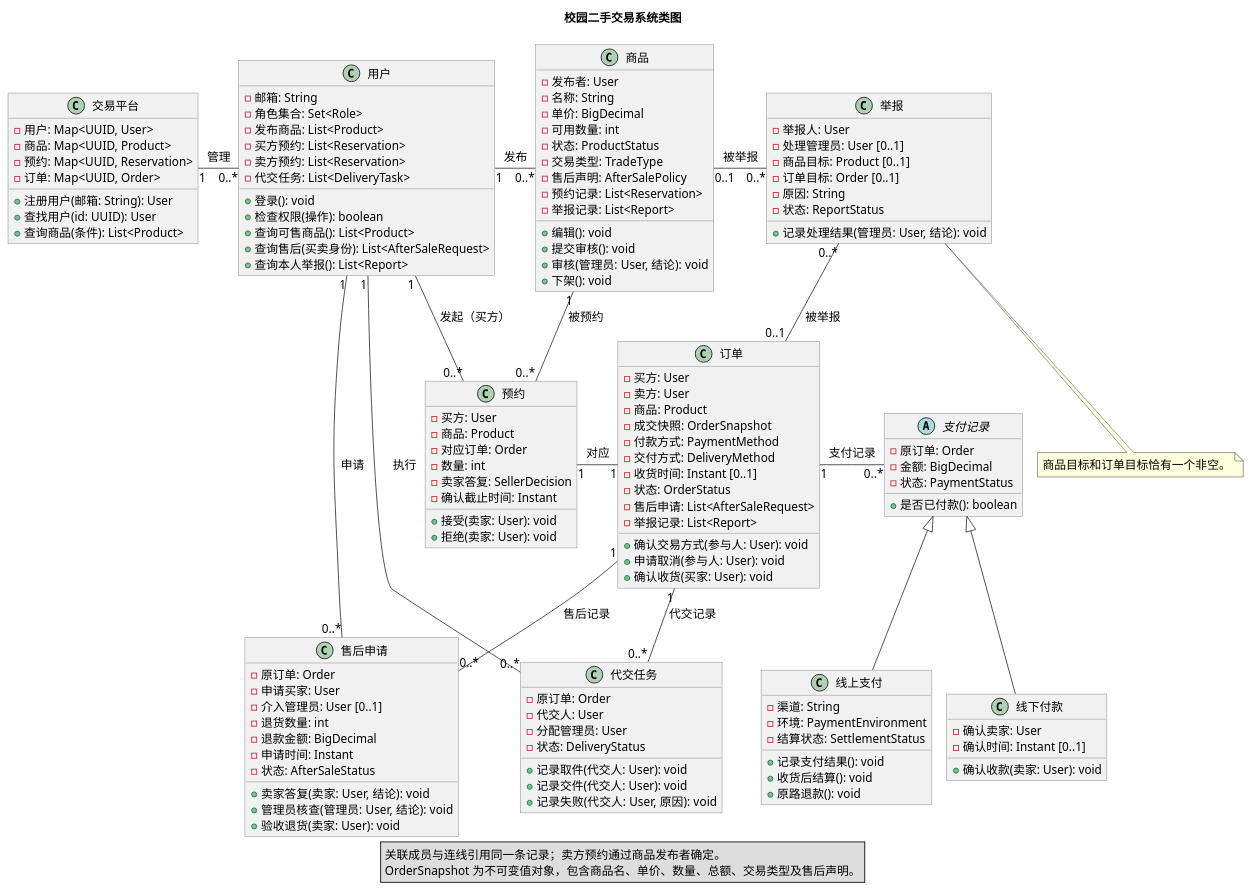
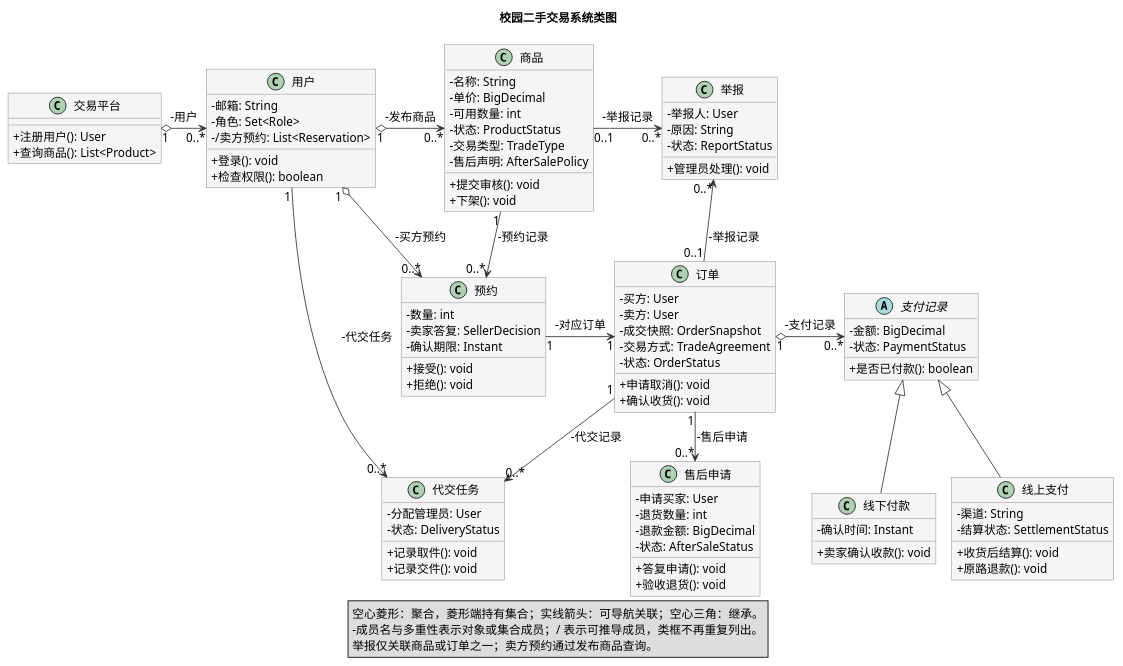
The diagram in UML/UML类图.puml (koishikois259/campus-market), drawn with PlantUML before and after one commit. The commit also changed 6 other files, not shown here.

Commit message:
lab2: simplify class view with PlantUML member associations

```diff
--- a/UML/UML类图.puml
+++ b/UML/UML类图.puml
@@ -1,158 +1,120 @@
 @startuml
-' v0.3: user-reviewed collections, participants and platform registry.
+' v0.4: association-end member names replace repeated object fields.
+' Syntax reference: https://plantuml.com/zh/class-diagram
 !pragma layout smetana
 title 校园二手交易系统类图
 skinparam defaultFontName Microsoft YaHei
 skinparam defaultFontSize 14
+skinparam classAttributeIconSize 0
 skinparam shadowing false
 skinparam roundcorner 0
-skinparam classBackgroundColor #F1F1F1
+skinparam classBackgroundColor #F5F5F5
 skinparam classBorderColor #777777
 skinparam ArrowColor #333333
-skinparam nodesep 35
-skinparam ranksep 45
+skinparam nodesep 30
+skinparam ranksep 40
 
 class "交易平台" as CampusMarket {
-  - 用户: Map<UUID, User>
-  - 商品: Map<UUID, Product>
-  - 预约: Map<UUID, Reservation>
-  - 订单: Map<UUID, Order>
-  + 注册用户(邮箱: String): User
-  + 查找用户(id: UUID): User
-  + 查询商品(条件): List<Product>
+  + 注册用户(): User
+  + 查询商品(): List<Product>
 }
 
 class "用户" as User {
   - 邮箱: String
-  - 角色集合: Set<Role>
-  - 发布商品: List<Product>
-  - 买方预约: List<Reservation>
-  - 卖方预约: List<Reservation>
-  - 代交任务: List<DeliveryTask>
+  - 角色: Set<Role>
+  - /卖方预约: List<Reservation>
   + 登录(): void
-  + 检查权限(操作): boolean
-  + 查询可售商品(): List<Product>
-  + 查询售后(买卖身份): List<AfterSaleRequest>
-  + 查询本人举报(): List<Report>
+  + 检查权限(): boolean
 }
 
 class "商品" as Product {
-  - 发布者: User
   - 名称: String
   - 单价: BigDecimal
   - 可用数量: int
   - 状态: ProductStatus
   - 交易类型: TradeType
   - 售后声明: AfterSalePolicy
-  - 预约记录: List<Reservation>
-  - 举报记录: List<Report>
-  + 编辑(): void
   + 提交审核(): void
-  + 审核(管理员: User, 结论): void
   + 下架(): void
 }
 
 class "预约" as Reservation {
-  - 买方: User
-  - 商品: Product
-  - 对应订单: Order
   - 数量: int
   - 卖家答复: SellerDecision
-  - 确认截止时间: Instant
-  + 接受(卖家: User): void
-  + 拒绝(卖家: User): void
+  - 确认期限: Instant
+  + 接受(): void
+  + 拒绝(): void
 }
 
 class "订单" as Order {
   - 买方: User
   - 卖方: User
-  - 商品: Product
   - 成交快照: OrderSnapshot
-  - 付款方式: PaymentMethod
-  - 交付方式: DeliveryMethod
-  - 收货时间: Instant [0..1]
+  - 交易方式: TradeAgreement
   - 状态: OrderStatus
-  - 售后申请: List<AfterSaleRequest>
-  - 举报记录: List<Report>
-  + 确认交易方式(参与人: User): void
-  + 申请取消(参与人: User): void
-  + 确认收货(买家: User): void
+  + 申请取消(): void
+  + 确认收货(): void
 }
 
 abstract class "支付记录" as Payment {
-  - 原订单: Order
   - 金额: BigDecimal
   - 状态: PaymentStatus
   + 是否已付款(): boolean
 }
 
 class "线上支付" as OnlinePayment {
   - 渠道: String
-  - 环境: PaymentEnvironment
   - 结算状态: SettlementStatus
-  + 记录支付结果(): void
   + 收货后结算(): void
   + 原路退款(): void
 }
 
 class "线下付款" as OfflinePayment {
-  - 确认卖家: User
-  - 确认时间: Instant [0..1]
-  + 确认收款(卖家: User): void
+  - 确认时间: Instant
+  + 卖家确认收款(): void
 }
 
 class "代交任务" as DeliveryTask {
-  - 原订单: Order
-  - 代交人: User
   - 分配管理员: User
   - 状态: DeliveryStatus
-  + 记录取件(代交人: User): void
-  + 记录交件(代交人: User): void
-  + 记录失败(代交人: User, 原因): void
+  + 记录取件(): void
+  + 记录交件(): void
 }
 
 class "售后申请" as AfterSaleRequest {
-  - 原订单: Order
   - 申请买家: User
-  - 介入管理员: User [0..1]
   - 退货数量: int
   - 退款金额: BigDecimal
-  - 申请时间: Instant
   - 状态: AfterSaleStatus
-  + 卖家答复(卖家: User, 结论): void
-  + 管理员核查(管理员: User, 结论): void
-  + 验收退货(卖家: User): void
+  + 答复申请(): void
+  + 验收退货(): void
 }
 
 class "举报" as Report {
   - 举报人: User
-  - 处理管理员: User [0..1]
-  - 商品目标: Product [0..1]
-  - 订单目标: Order [0..1]
   - 原因: String
   - 状态: ReportStatus
-  + 记录处理结果(管理员: User, 结论): void
+  + 管理员处理(): void
 }
 
-CampusMarket "1" -right- "0..*" User : 管理 >
-User "1" -right- "0..*" Product : 发布 >
-User "1" -down- "0..*" Reservation : 发起（买方） >
-Product "1" -down- "0..*" Reservation : 被预约 >
-Reservation "1" -right- "1" Order : 对应 >
-User "1" -down- "0..*" DeliveryTask : 执行 >
-User "1" -down- "0..*" AfterSaleRequest : 申请 >
-Order "1" -right- "0..*" Payment : 支付记录 >
-Order "1" -down- "0..*" DeliveryTask : 代交记录 >
-Order "1" -down- "0..*" AfterSaleRequest : 售后记录 >
-Product "0..1" -right- "0..*" Report : 被举报 >
-Order "0..1" -up- "0..*" Report : 被举报 >
+' Shared aggregation: collections of independently retained records.
+CampusMarket "1" o-right-> "0..*" User : -用户
+User "1" o-right-> "0..*" Product : -发布商品
+User "1" o-down-> "0..*" Reservation : -买方预约
+Product "1" -down-> "0..*" Reservation : -预约记录
+Reservation "1" -right-> "1" Order : -对应订单
+User "1" -down-> "0..*" DeliveryTask : -代交任务
+Order "1" o-right-> "0..*" Payment : -支付记录
+Order "1" -down-> "0..*" DeliveryTask : -代交记录
+Order "1" -down-> "0..*" AfterSaleRequest : -售后申请
+Product "0..1" -right-> "0..*" Report : -举报记录
+Order "0..1" -up-> "0..*" Report : -举报记录
 Payment <|-- OnlinePayment
 Payment <|-- OfflinePayment
-note bottom of Report
-  商品目标和订单目标恰有一个非空。
-end note
+
 legend bottom
-  关联成员与连线引用同一条记录；卖方预约通过商品发布者确定。
-  OrderSnapshot 为不可变值对象，包含商品名、单价、数量、总额、交易类型及售后声明。
+  空心菱形：聚合，菱形端持有集合；实线箭头：可导航关联；空心三角：继承。
+  -成员名与多重性表示对象或集合成员；/ 表示可推导成员，类框不再重复列出。
+  举报仅关联商品或订单之一；卖方预约通过发布商品查询。
 endlegend
 @enduml
```
